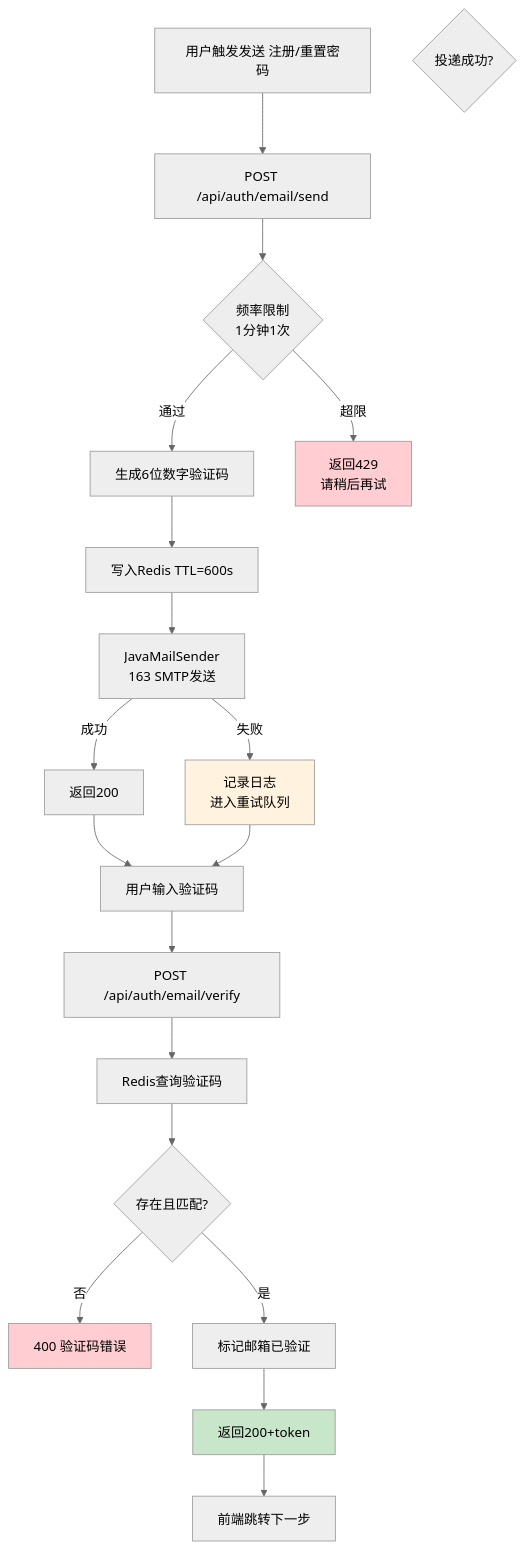
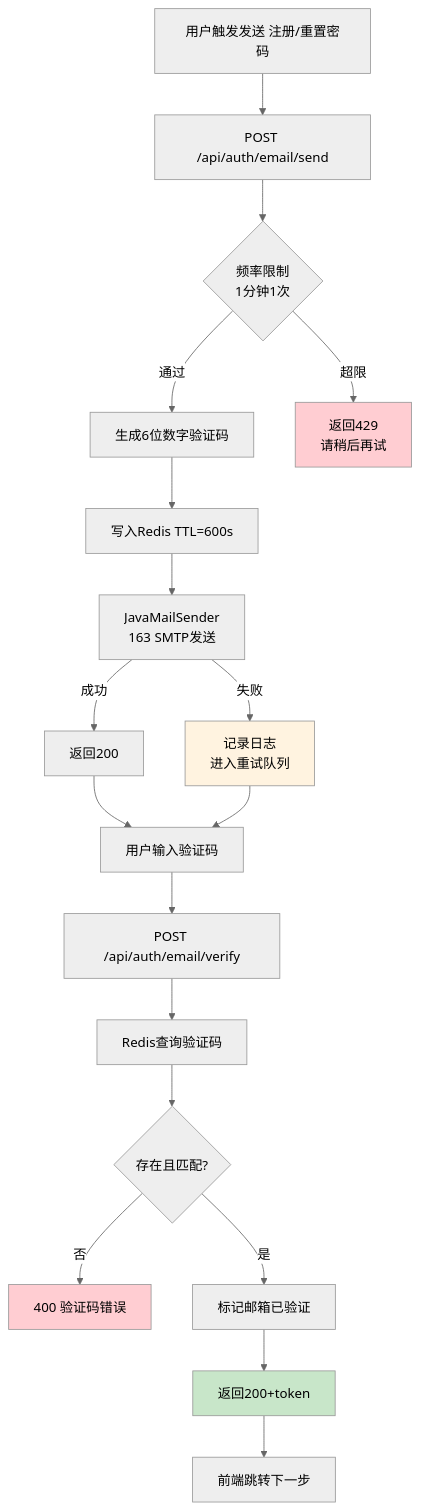
Before and after one commit to zwj-3193655211/campus-LostandFound: diagram 28 of 30 in docs/项目图表.md, drawn with Mermaid (neutral theme).

Commit message:
fix: 修复第26图孤立节点问题

````diff
--- a/docs/项目图表.md
+++ b/docs/项目图表.md
@@ -1406,43 +1406,43 @@
 ```mermaid
 flowchart TD
     A[用户触发发送 注册/重置密码]
     B[POST /api/auth/email/send]
     C{频率限制<br/>1分钟1次}
     D[生成6位数字验证码]
     E[写入Redis TTL=600s]
     F[JavaMailSender<br/>163 SMTP发送]
-    G{投递成功?}
     H[返回200]
     I[记录日志<br/>进入重试队列]
     J[用户输入验证码]
     K[POST /api/auth/email/verify]
     L[Redis查询验证码]
     M{存在且匹配?}
     N[400 验证码错误]
     O[标记邮箱已验证]
     P[返回200+token]
     Q[前端跳转下一步]
+    R1[返回429<br/>请稍后再试]
 
     A --> B
     B --> C
-    C -->|超限| R1[返回429<br/>请稍后再试]
+    C -->|超限| R1
     C -->|通过| D
     D --> E
     E --> F
     F -->|成功| H
     F -->|失败| I
     H --> J
     I --> J
     J --> K
     K --> L
     L --> M
     M -->|否| N
     M -->|是| O
     O --> P
     P --> Q
 
     style R1 fill:#ffcdd2
     style I fill:#fff3e0
     style N fill:#ffcdd2
     style P fill:#c8e6c9
 ```
````
